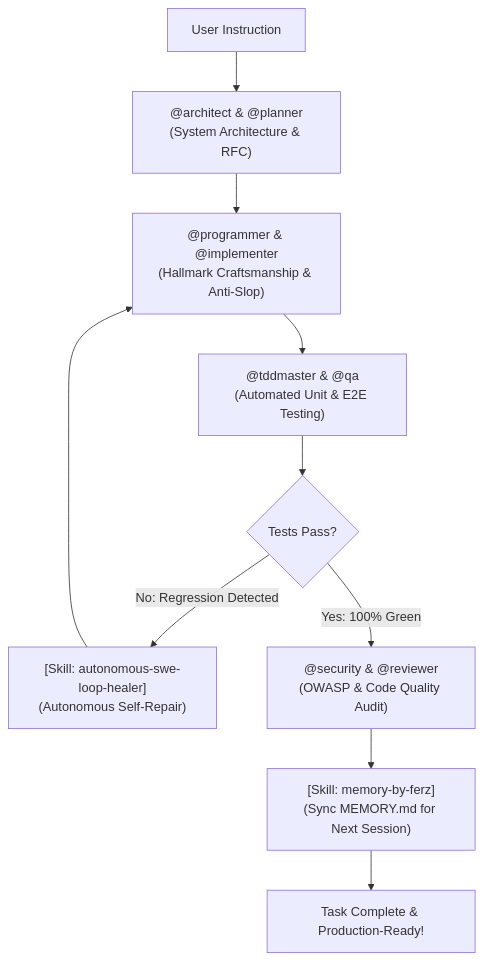
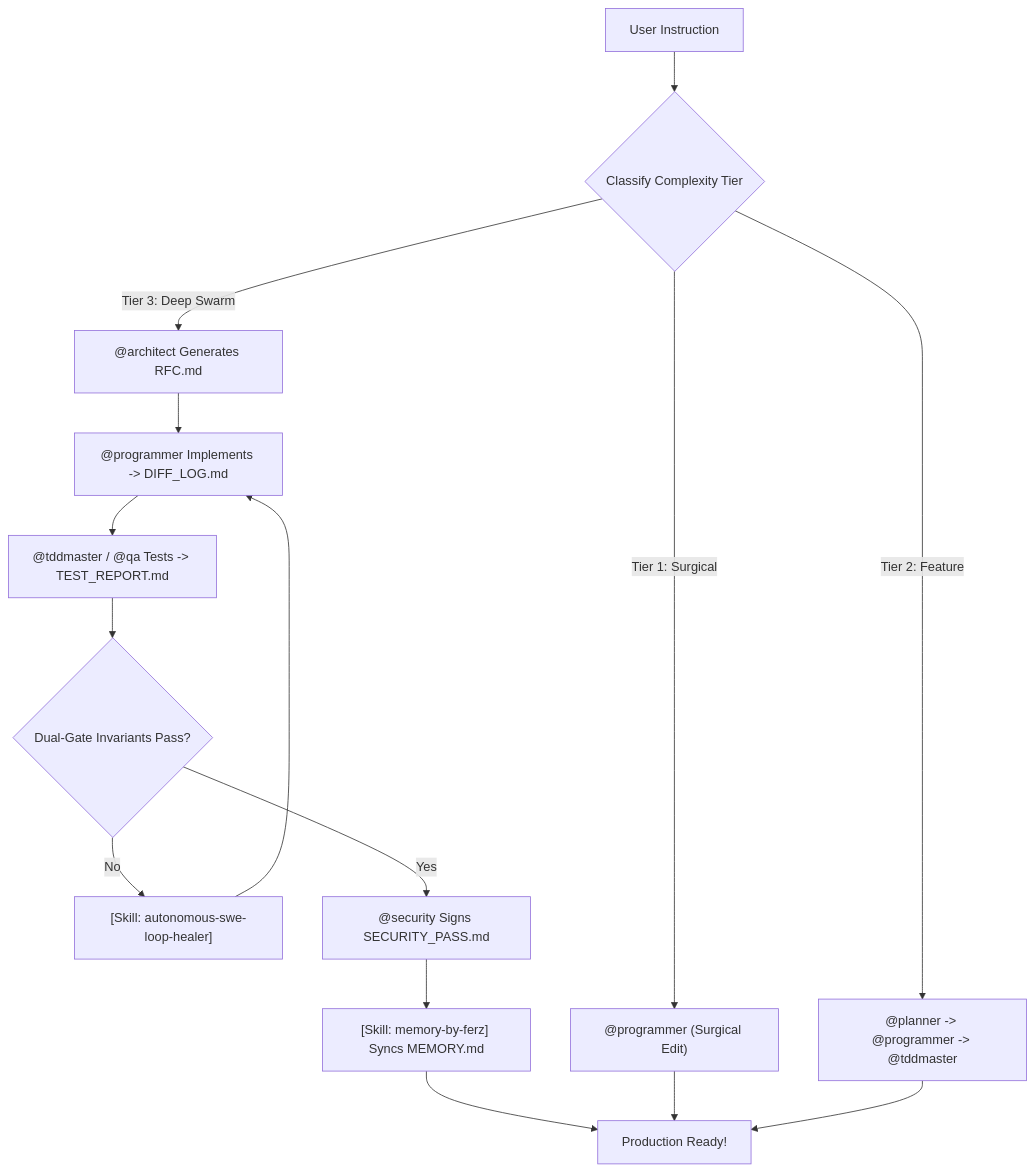
Before and after one commit to FerzDevZ/freebuff-power: the diagram in README.md, drawn with Mermaid. The commit also changed other lines of this file and 6 other files, not shown here.

Commit message:
feat: release v4.0 Titanium Swarm with 42 agents, Dual-Gate QA & 3-Tier execution matrix

````diff
--- a/README.md
+++ b/README.md
@@ -140,12 +132,17 @@
 ```mermaid
 flowchart TD
-    User["User Instruction"] --> Plan["@architect & @planner<br/>(System Architecture & RFC)"]
-    Plan --> Build["@programmer & @implementer<br/>(Hallmark Craftsmanship & Anti-Slop)"]
-    Build --> Test["@tddmaster & @qa<br/>(Automated Unit & E2E Testing)"]
-    Test --> Check{"Tests Pass?"}
-    Check -->|No: Regression Detected| Heal["[Skill: autonomous-swe-loop-healer]<br/>(Autonomous Self-Repair)"]
-    Heal --> Build
-    Check -->|Yes: 100% Green| Audit["@security & @reviewer<br/>(OWASP & Code Quality Audit)"]
-    Audit --> Mem["[Skill: memory-by-ferz]<br/>(Sync MEMORY.md for Next Session)"]
-    Mem --> Done["Task Complete & Production-Ready!"]
+    User["User Instruction"] --> Tier{"Classify Complexity Tier"}
+    Tier -->|Tier 1: Surgical| Fix["@programmer (Surgical Edit)"]
+    Tier -->|Tier 2: Feature| Flow["@planner -> @programmer -> @tddmaster"]
+    Tier -->|Tier 3: Deep Swarm| RFC["@architect Generates RFC.md"]
+    RFC --> Code["@programmer Implements -> DIFF_LOG.md"]
+    Code --> QA["@tddmaster / @qa Tests -> TEST_REPORT.md"]
+    QA --> Gate{"Dual-Gate Invariants Pass?"}
+    Gate -->|No| Heal["[Skill: autonomous-swe-loop-healer]"]
+    Heal --> Code
+    Gate -->|Yes| Sec["@security Signs SECURITY_PASS.md"]
+    Sec --> Mem["[Skill: memory-by-ferz] Syncs MEMORY.md"]
+    Mem --> Done["Production Ready!"]
+    Fix --> Done
+    Flow --> Done
 ```
````
